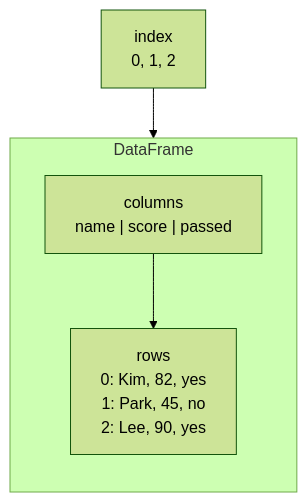
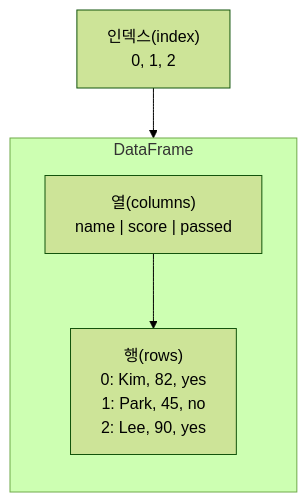
The diagram in docs/parts/part-02/chapter-12/section-01.md (devchan64/AiBook), drawn with Mermaid (forest theme) before and after one commit. The commit also changed 17 other files, not shown here.

Commit message:
docs: localize more part 2 mermaid diagrams

````diff
--- a/docs/parts/part-02/chapter-12/section-01.md
+++ b/docs/parts/part-02/chapter-12/section-01.md
@@ -238,12 +238,12 @@
 ```mermaid
 flowchart TB
     subgraph frame["DataFrame"]
         direction TB
-        cols["columns<br/>name | score | passed"]
-        body["rows<br/>0: Kim, 82, yes<br/>1: Park, 45, no<br/>2: Lee, 90, yes"]
+        cols["열(columns)<br/>name | score | passed"]
+        body["행(rows)<br/>0: Kim, 82, yes<br/>1: Park, 45, no<br/>2: Lee, 90, yes"]
     end
-    idx["index<br/>0, 1, 2"]
+    idx["인덱스(index)<br/>0, 1, 2"]
 
     idx --> body
     cols --> body
 ```
````
